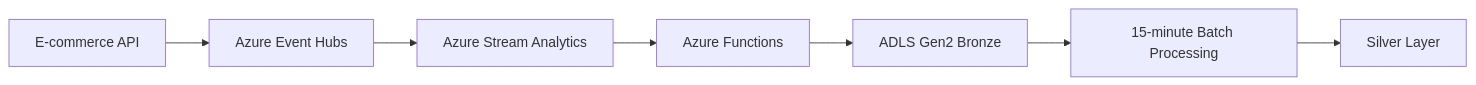
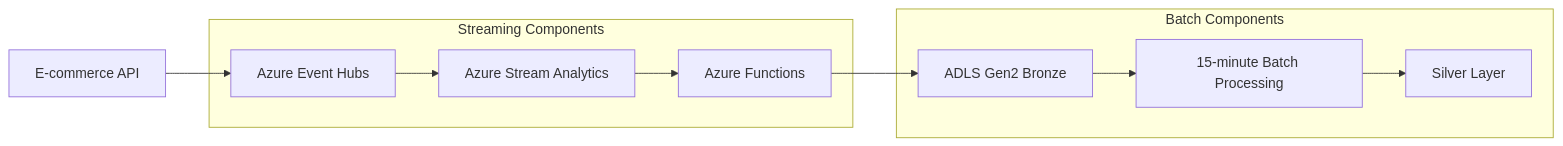
Before and after one commit to EdukronCodes/Data-Engineering-Notes: the fourth of 13 diagrams in project flow retail.md, drawn with Mermaid. The commit also changed other lines of this file, not shown here.

Commit message:
Update project flow retail.md

````diff
--- a/project flow retail.md
+++ b/project flow retail.md
@@ -835,9 +348,21 @@
 ```mermaid
 graph LR
     A[E-commerce API] --> B[Azure Event Hubs]
     B --> C[Azure Stream Analytics]
     C --> D[Azure Functions]
     D --> E[ADLS Gen2 Bronze]
     E --> F[15-minute Batch Processing]
     F --> G[Silver Layer]
+    
+    subgraph "Streaming Components"
+        B
+        C
+        D
+    end
+    
+    subgraph "Batch Components"
+        E
+        F
+        G
+    end
 ```
````
